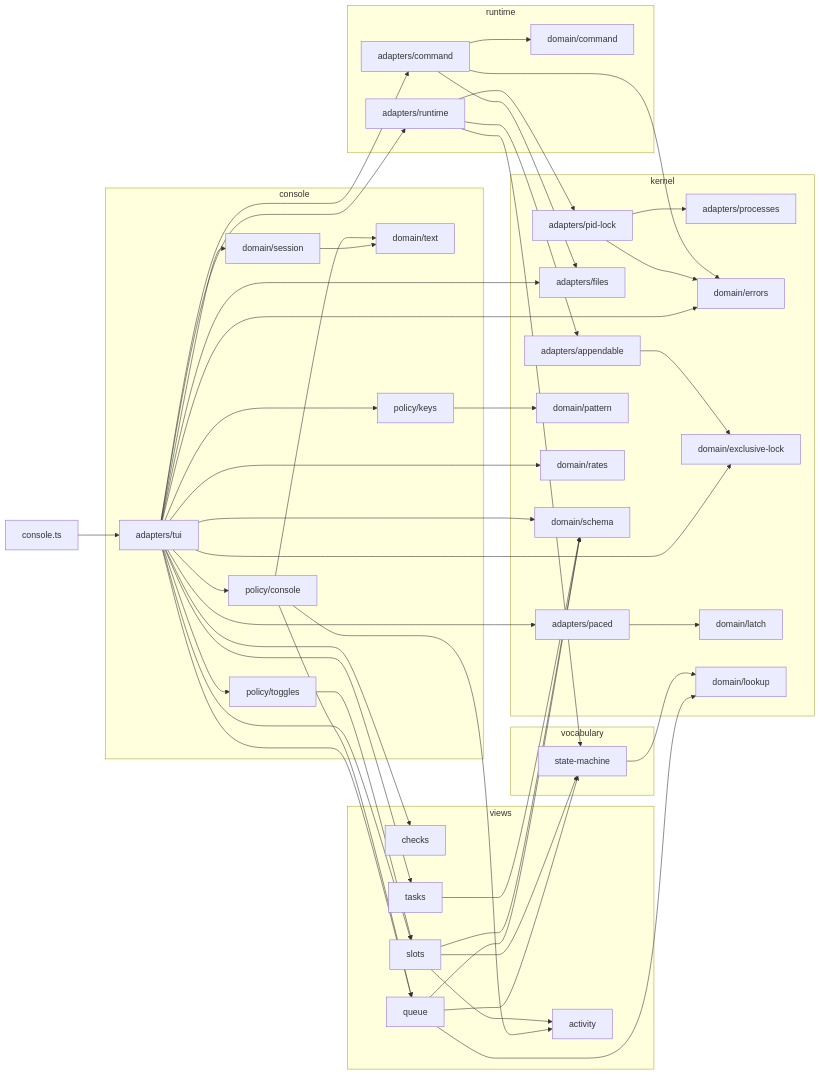
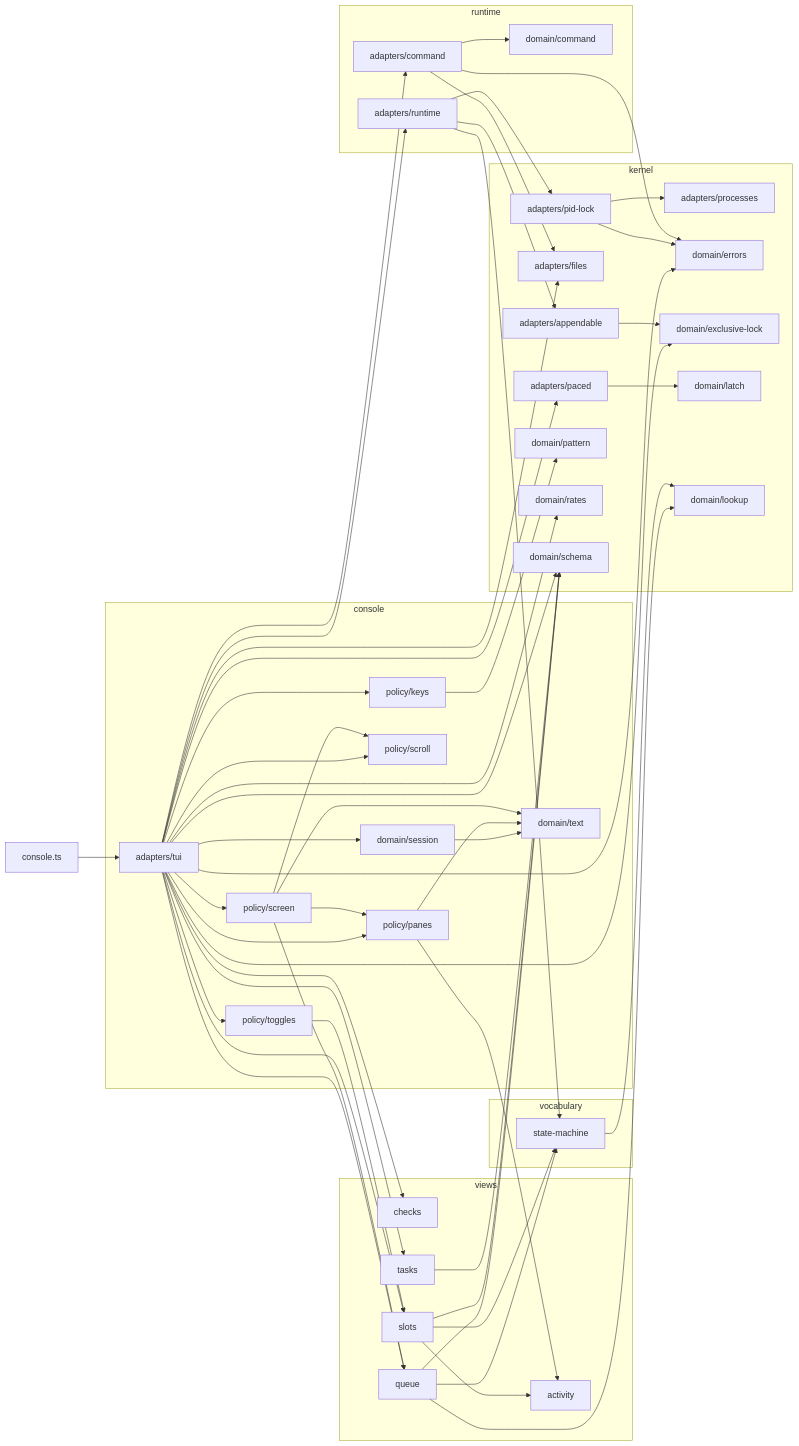
The second of 2 diagrams in docs/import-graph.md (Pyrolistical/task-graph-template), drawn with Mermaid before and after one commit. The commit also changed other lines of this file and 18 other files, not shown here.

Commit message:
one file per thing the console draws: panes, the screen around them, the scroll through them

```diff
--- a/docs/import-graph.md
+++ b/docs/import-graph.md
@@ -286,8 +286,10 @@
     orchestrator_console_adapters_tui_ts["adapters/tui"]
     orchestrator_console_domain_session_ts["domain/session"]
     orchestrator_console_domain_text_ts["domain/text"]
-    orchestrator_console_policy_console_ts["policy/console"]
     orchestrator_console_policy_keys_ts["policy/keys"]
+    orchestrator_console_policy_panes_ts["policy/panes"]
+    orchestrator_console_policy_screen_ts["policy/screen"]
+    orchestrator_console_policy_scroll_ts["policy/scroll"]
     orchestrator_console_policy_toggles_ts["policy/toggles"]
   end
   subgraph runtime["runtime"]
@@ -327,7 +329,9 @@
   orchestrator_console_adapters_tui_ts --> orchestrator_kernel_domain_schema_ts
   orchestrator_console_adapters_tui_ts --> orchestrator_kernel_domain_rates_ts
   orchestrator_console_adapters_tui_ts --> orchestrator_console_domain_session_ts
-  orchestrator_console_adapters_tui_ts --> orchestrator_console_policy_console_ts
+  orchestrator_console_adapters_tui_ts --> orchestrator_console_policy_panes_ts
+  orchestrator_console_adapters_tui_ts --> orchestrator_console_policy_screen_ts
+  orchestrator_console_adapters_tui_ts --> orchestrator_console_policy_scroll_ts
   orchestrator_console_adapters_tui_ts --> orchestrator_console_policy_keys_ts
   orchestrator_console_adapters_tui_ts --> orchestrator_console_policy_toggles_ts
   orchestrator_console_adapters_tui_ts --> orchestrator_views_queue_ts
@@ -337,10 +341,13 @@
   orchestrator_console_adapters_tui_ts --> orchestrator_kernel_adapters_files_ts
   orchestrator_console_adapters_tui_ts --> orchestrator_runtime_adapters_runtime_ts
   orchestrator_console_domain_session_ts --> orchestrator_console_domain_text_ts
-  orchestrator_console_policy_console_ts --> orchestrator_views_activity_ts
-  orchestrator_console_policy_console_ts --> orchestrator_console_domain_text_ts
-  orchestrator_console_policy_console_ts --> orchestrator_views_queue_ts
   orchestrator_console_policy_keys_ts --> orchestrator_kernel_domain_pattern_ts
+  orchestrator_console_policy_panes_ts --> orchestrator_views_activity_ts
+  orchestrator_console_policy_panes_ts --> orchestrator_console_domain_text_ts
+  orchestrator_console_policy_screen_ts --> orchestrator_console_policy_panes_ts
+  orchestrator_console_policy_screen_ts --> orchestrator_console_policy_scroll_ts
+  orchestrator_console_policy_screen_ts --> orchestrator_console_domain_text_ts
+  orchestrator_console_policy_screen_ts --> orchestrator_views_queue_ts
   orchestrator_console_policy_toggles_ts --> orchestrator_views_slots_ts
   orchestrator_kernel_adapters_appendable_ts --> orchestrator_kernel_domain_exclusive_lock_ts
   orchestrator_kernel_adapters_paced_ts --> orchestrator_kernel_domain_latch_ts
```
